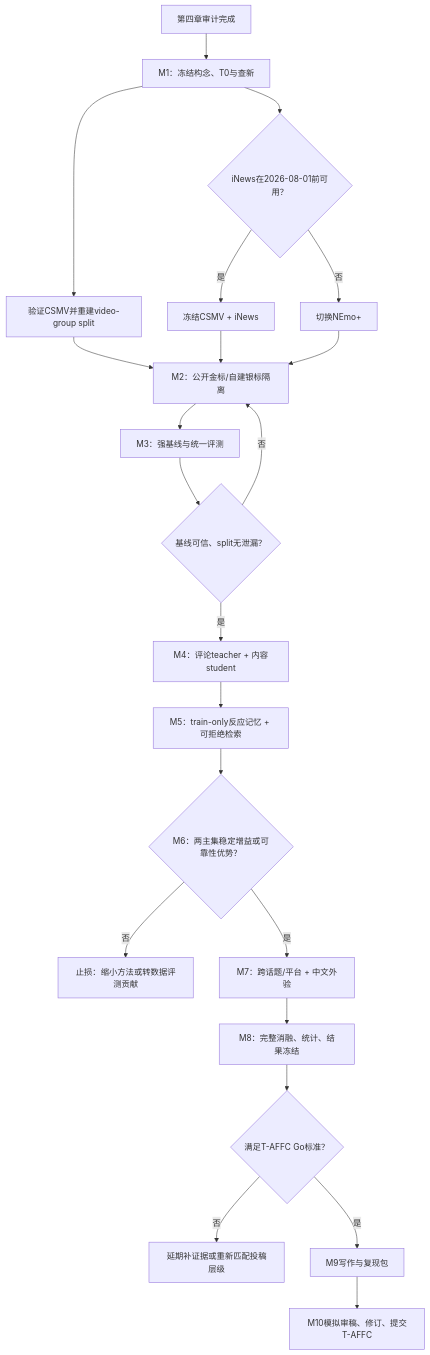
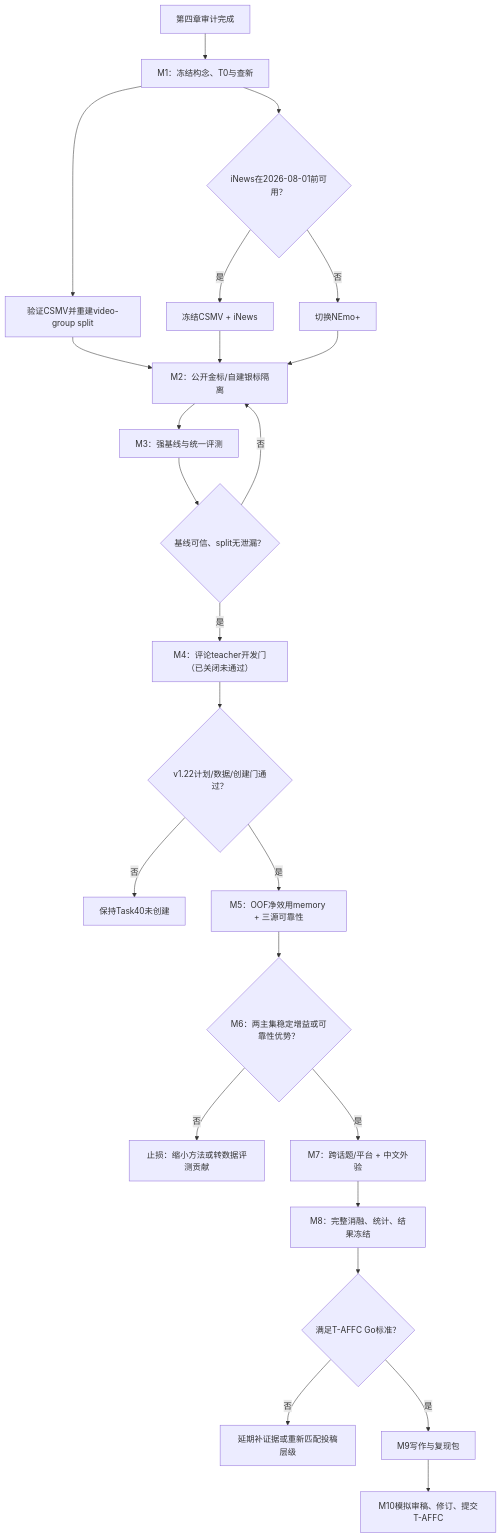
Before and after one commit to xjq801/MMSA-CH-SIMS: the second of 2 diagrams in TAFFC_CH4_10_MONTH_MASTER_PLAN_20260713.md, drawn with Mermaid. The commit also changed other lines of this file and 14 other files, not shown here.

````diff
--- a/TAFFC_CH4_10_MONTH_MASTER_PLAN_20260713.md
+++ b/TAFFC_CH4_10_MONTH_MASTER_PLAN_20260713.md
@@ -623,24 +635,26 @@
 ```mermaid
 flowchart TD
     A["第四章审计完成"] --> B["M1：冻结构念、T0与查新"]
     B --> C["验证CSMV并重建video-group split"]
     B --> D{"iNews在2026-08-01前可用？"}
     D -->|是| E["冻结CSMV + iNews"]
     D -->|否| F["切换NEmo+"]
     C --> G["M2：公开金标/自建银标隔离"]
     E --> G
     F --> G
     G --> H["M3：强基线与统一评测"]
     H --> I{"基线可信、split无泄漏？"}
     I -->|否| G
-    I -->|是| J["M4：评论teacher + 内容student"]
-    J --> K["M5：train-only反应记忆 + 可拒绝检索"]
-    K --> L{"M6：两主集稳定增益或可靠性优势？"}
+    I -->|是| J["M4：评论teacher开发门（已关闭未通过）"]
+    J --> K{"v1.22计划/数据/创建门通过？"}
+    K -->|否| U["保持Task40未创建"]
+    K -->|是| T["M5：OOF净效用memory + 三源可靠性"]
+    T --> L{"M6：两主集稳定增益或可靠性优势？"}
     L -->|否| M["止损：缩小方法或转数据评测贡献"]
     L -->|是| N["M7：跨话题/平台 + 中文外验"]
     N --> O["M8：完整消融、统计、结果冻结"]
     O --> P{"满足T-AFFC Go标准？"}
     P -->|否| Q["延期补证据或重新匹配投稿层级"]
     P -->|是| R["M9写作与复现包"]
     R --> S["M10模拟审稿、修订、提交T-AFFC"]
 ```
````
